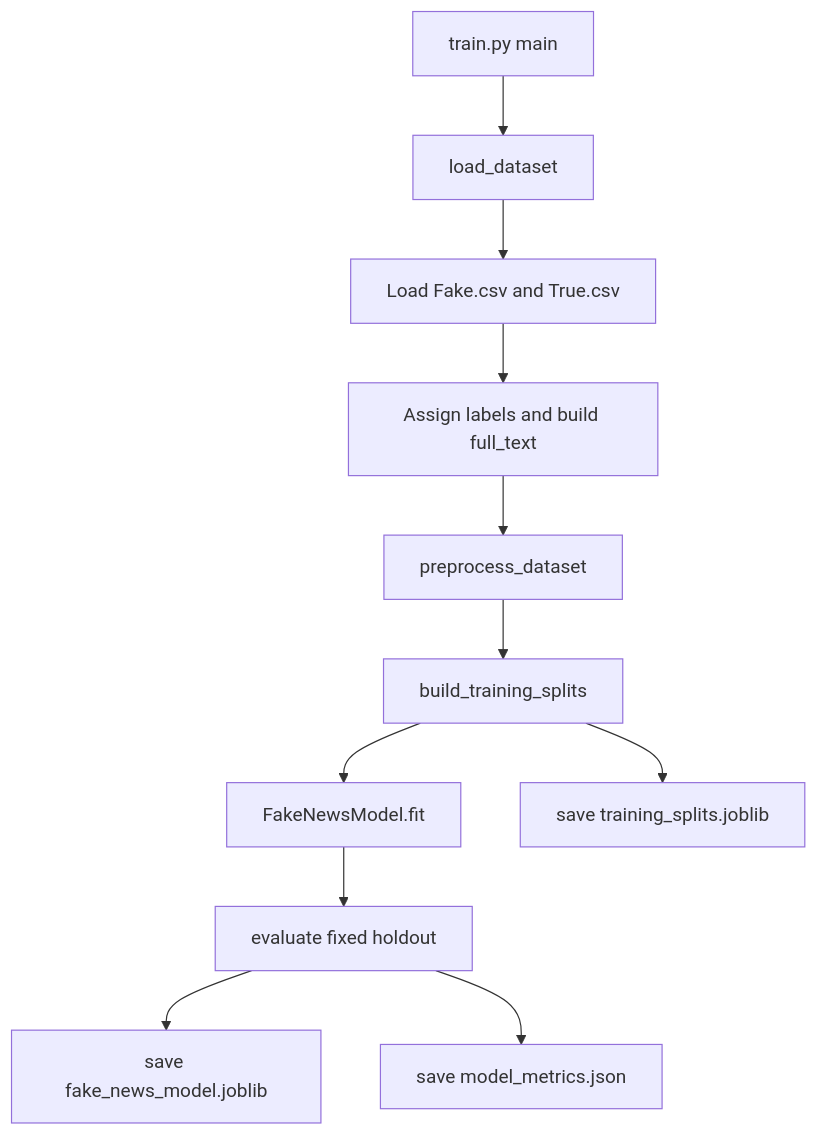
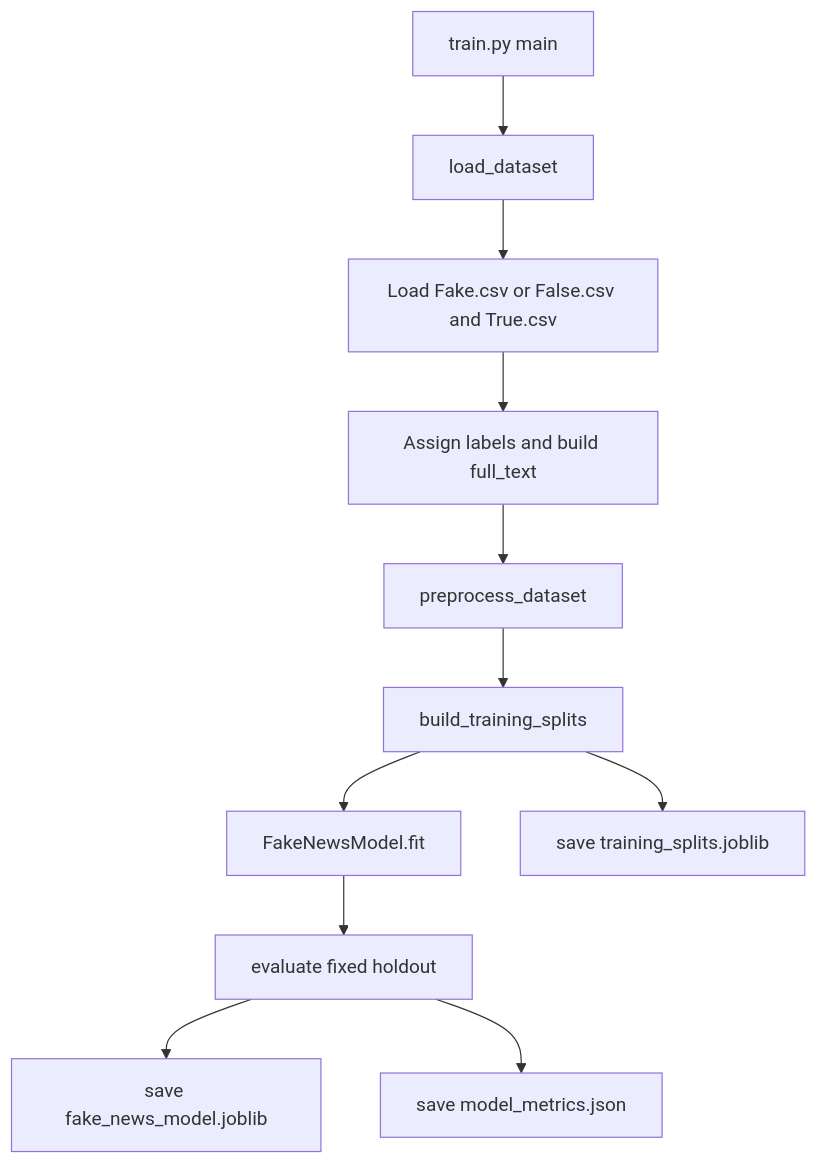
One commit to harshkumarsingh200205-coder/Fake-News-Detection changed the diagram in docs/training_pipeline_diagram.mmd. Above: the diagram before and after it, drawn with Mermaid. The commit also changed 16 other files, not shown here.

```diff
--- a/docs/training_pipeline_diagram.mmd
+++ b/docs/training_pipeline_diagram.mmd
@@ -1,11 +1,11 @@
 flowchart TD
     Start[train.py main] --> LoadData[load_dataset]
-    LoadData --> Merge[Load Fake.csv and True.csv]
+    LoadData --> Merge[Load Fake.csv or False.csv and True.csv]
     Merge --> Label[Assign labels and build full_text]
     Label --> Prep[preprocess_dataset]
     Prep --> Split[build_training_splits]
     Split --> Fit[FakeNewsModel.fit]
     Fit --> Evaluate[evaluate fixed holdout]
     Evaluate --> SaveModel[save fake_news_model.joblib]
     Evaluate --> SaveMetrics[save model_metrics.json]
     Split --> SaveSplits[save training_splits.joblib]
```
